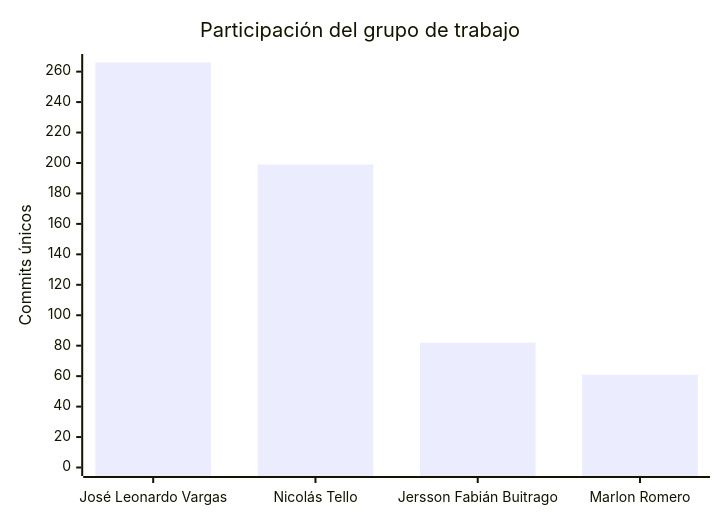
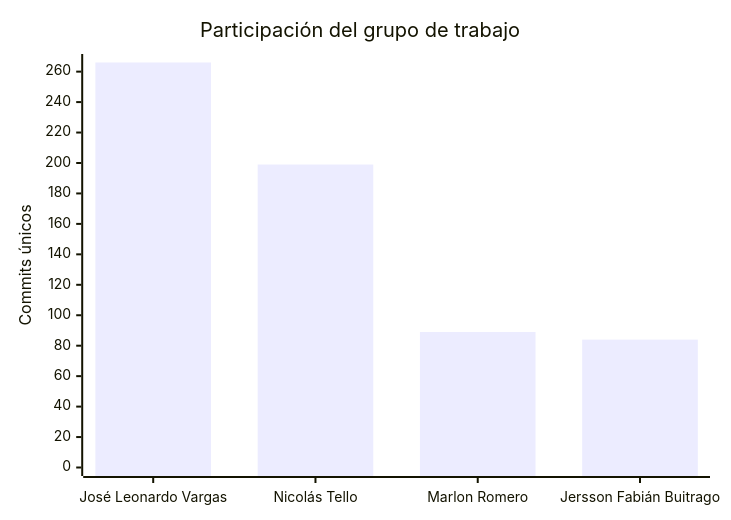
The second of 2 diagrams in README.md (FarmaExpres/FarmaExpres), drawn with Mermaid before and after one commit. The commit also changed other lines of this file and 1 other file, not shown here.

````diff
--- a/README.md
+++ b/README.md
@@ -401,7 +401,7 @@
 ```mermaid
 xychart-beta
     title "Participación del grupo de trabajo"
-    x-axis ["José Leonardo Vargas", "Nicolás Tello", "Jersson Fabián Buitrago", "Marlon Romero"]
+    x-axis ["José Leonardo Vargas", "Nicolás Tello", "Marlon Romero", "Jersson Fabián Buitrago"]
     y-axis "Commits únicos" 0 --> 266
-    bar [266, 199, 82, 61]
+    bar [266, 199, 89, 84]
 ```
````
